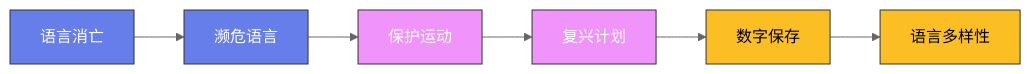
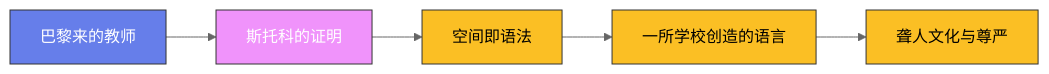
One commit to Fengur/Fengur.github.io changed the diagram in content/posts/ModelCreate/语言学/14-手语语言学.md. Above: the diagram before and after it, drawn with Mermaid (neutral theme). The commit also changed other lines of this file and 505 other files, not shown here.

First line of the commit message:
content(blog): ModelCreate 全站质量修复——front matter 补全、占位图修复、事实错误修正、注水文重写

````diff
--- a/content/posts/ModelCreate/语言学/14-手语语言学.md
+++ b/content/posts/ModelCreate/语言学/14-手语语言学.md
@@ -35,16 +38,21 @@
 ```mermaid
 graph LR
-    A["语言消亡"] --> B["濒危语言"]
-    B --> C["保护运动"]
-    C --> D["复兴计划"]
-    D --> E["数字保存"]
-    E --> F["语言多样性"]
+    A["巴黎来的教师"]
+    B["斯托科的证明"]
+    C["空间即语法"]
+    D["一所学校创造的语言"]
+    E["聋人文化与尊严"]
+
+    A --> B
+    B --> C
+    C --> D
+    D --> E
 
     classDef early fill:#667eea,stroke:#333,color:white
     classDef mid fill:#f093fb,stroke:#333,color:white
     classDef modern fill:#fbbf24,stroke:#333,color:black
 
-    class A,B early
-    class C,D mid
-    class E,F modern
+    class A early
+    class B mid
+    class C,D,E modern
 ```
````
